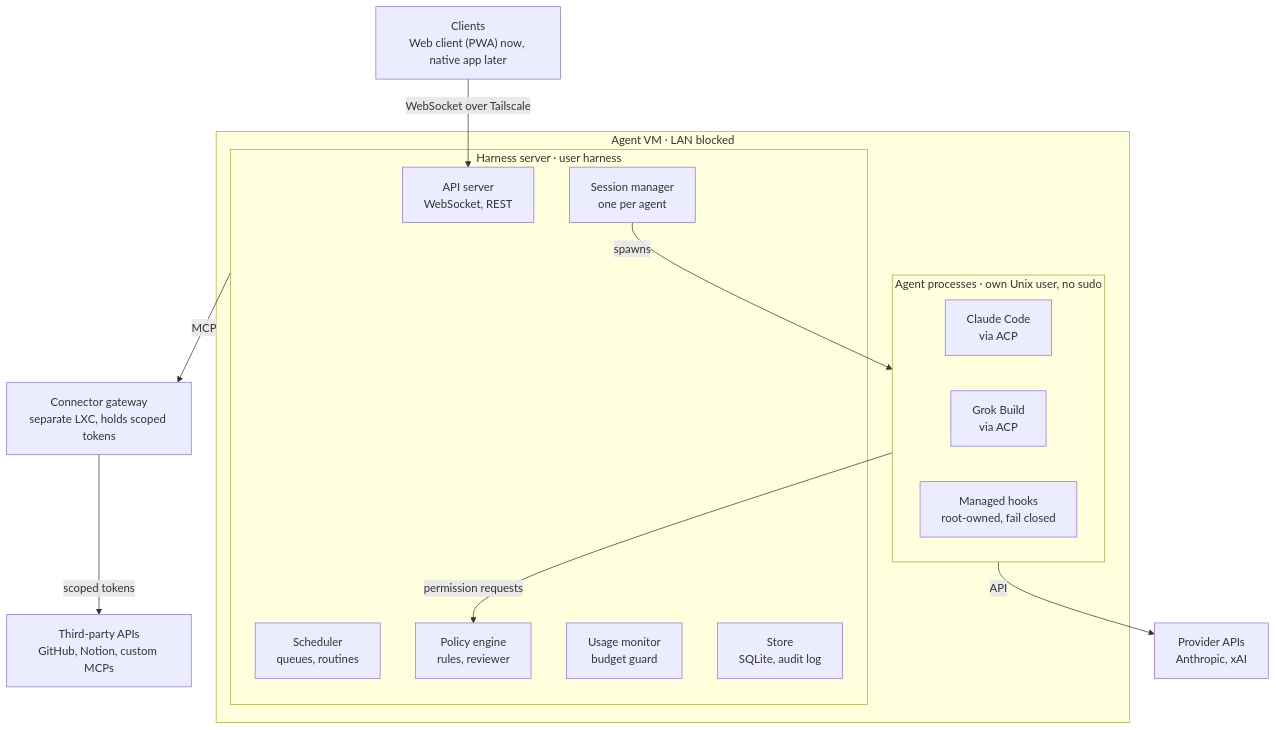
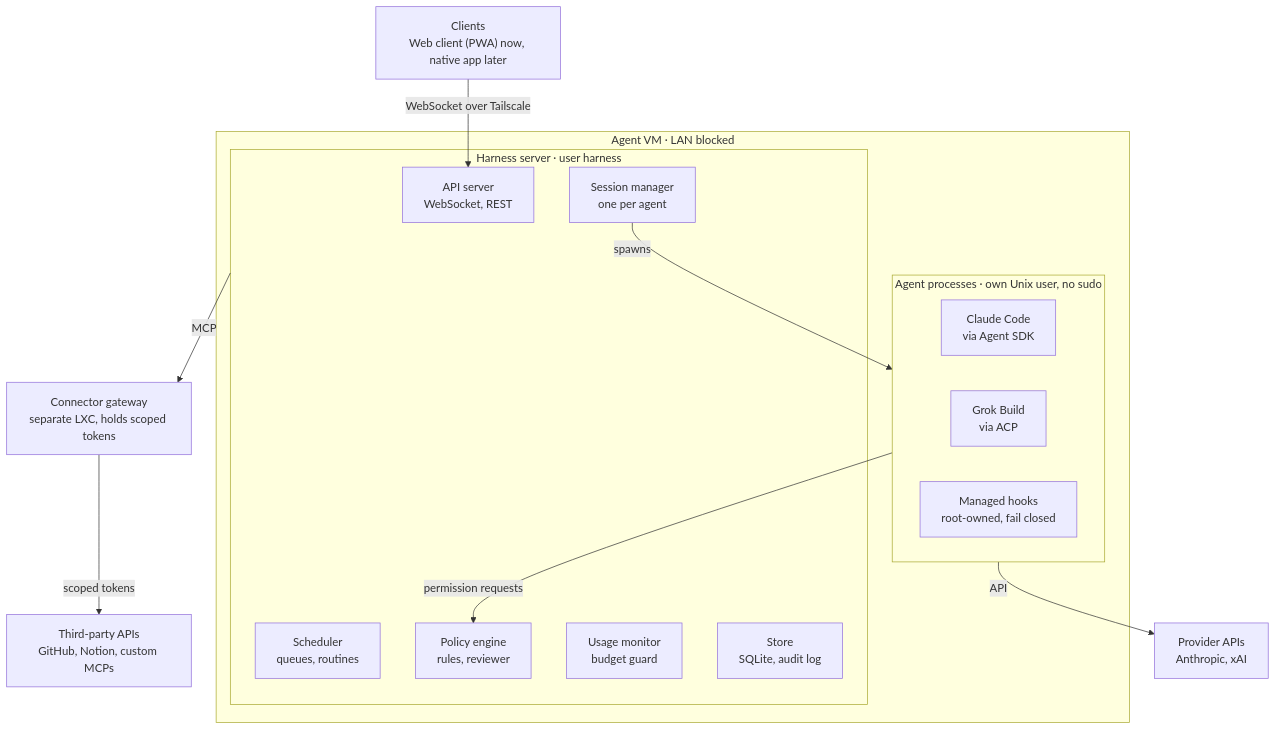
One commit to jcore9/Aphelion changed the first of 2 diagrams in docs/plan/aphelion-plan.md. Above: the diagram before and after it, drawn with Mermaid. The commit also changed other lines of this file and 14 other files, not shown here.

````diff
--- a/docs/plan/aphelion-plan.md
+++ b/docs/plan/aphelion-plan.md
@@ -151,28 +151,28 @@
 ```mermaid
 flowchart TB
   clients["Clients<br/>Web client (PWA) now, native app later"]
   subgraph vm["Agent VM · LAN blocked"]
     subgraph harness["Harness server · user harness"]
       api["API server<br/>WebSocket, REST"]
       sched["Scheduler<br/>queues, routines"]
       sess["Session manager<br/>one per agent"]
       policy["Policy engine<br/>rules, reviewer"]
       usage["Usage monitor<br/>budget guard"]
       store["Store<br/>SQLite, audit log"]
     end
     subgraph agents["Agent processes · own Unix user, no sudo"]
-      claude["Claude Code<br/>via ACP"]
+      claude["Claude Code<br/>via Agent SDK"]
       grok["Grok Build<br/>via ACP"]
       hooks["Managed hooks<br/>root-owned, fail closed"]
     end
   end
   gateway["Connector gateway<br/>separate LXC, holds scoped tokens"]
   third["Third-party APIs<br/>GitHub, Notion, custom MCPs"]
   providers["Provider APIs<br/>Anthropic, xAI"]
   clients -- "WebSocket over Tailscale" --> api
   sess -- spawns --> agents
   agents -- "permission requests" --> policy
   harness -- MCP --> gateway
   gateway -- "scoped tokens" --> third
   agents -- API --> providers
 ```
````
